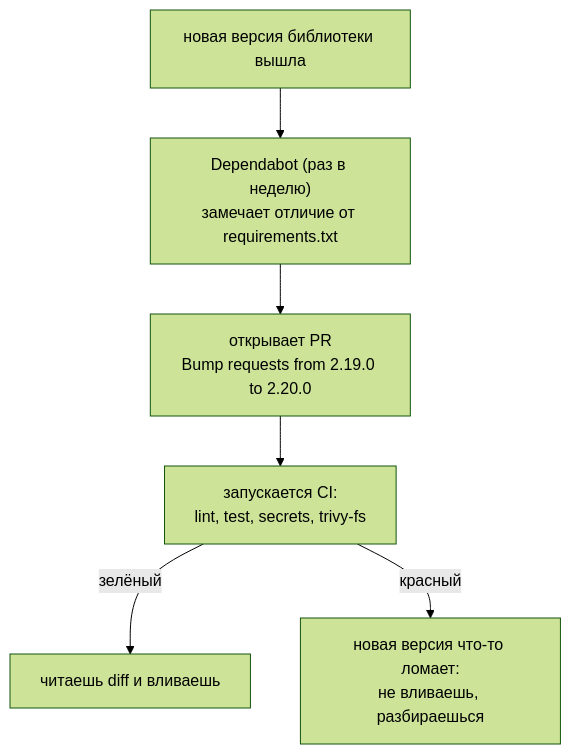
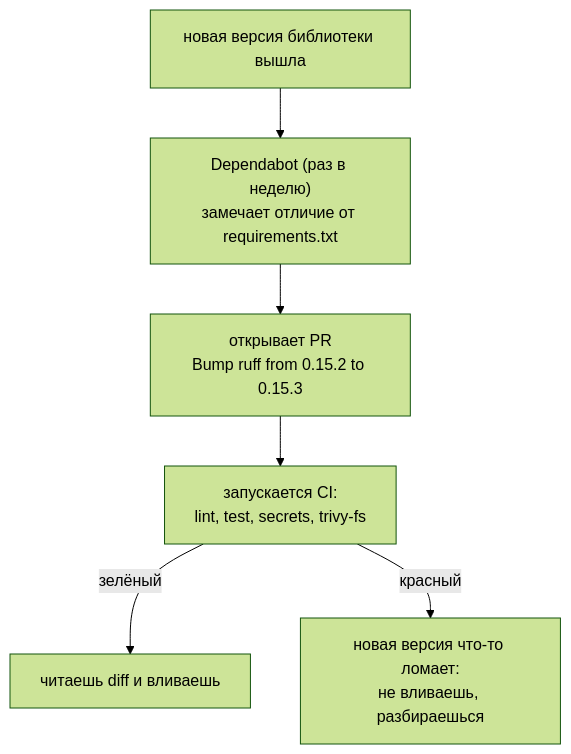
The fourth of 4 diagrams in devops/03-git-ci/04-quality-security-ci.md (distinguished-sre/learning), drawn with Mermaid (forest theme) before and after one commit. The commit also changed other lines of this file and 462 other files, not shown here.

````diff
--- a/devops/03-git-ci/04-quality-security-ci.md
+++ b/devops/03-git-ci/04-quality-security-ci.md
@@ -598,8 +631,8 @@
 ```mermaid
 flowchart TD
     N["новая версия библиотеки вышла"] --> D["Dependabot (раз в неделю)<br>замечает отличие от requirements.txt"]
-    D --> P["открывает PR<br>Bump requests from 2.19.0 to 2.20.0"]
+    D --> P["открывает PR<br>Bump ruff from 0.15.2 to 0.15.3"]
     P --> CI["запускается CI:<br>lint, test, secrets, trivy-fs"]
     CI -->|зелёный| M["читаешь diff и вливаешь"]
     CI -->|красный| X["новая версия что-то ломает:<br>не вливаешь, разбираешься"]
 ```
````
